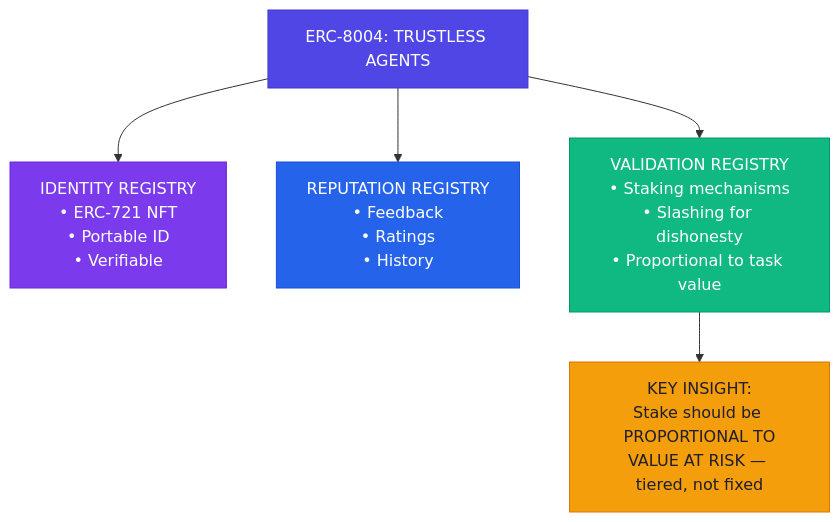
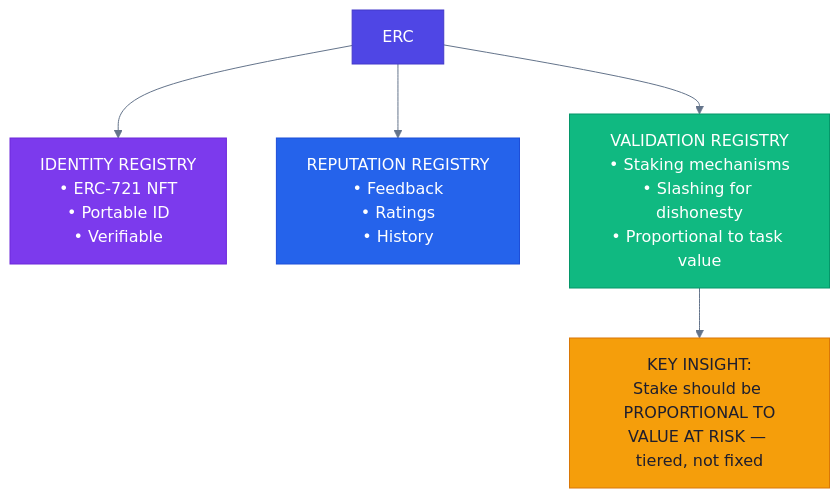
One commit to guglxni/the-fixer-hook changed the third of 11 diagrams in docs/MARKET_SENTIMENT_ANALYSIS.md. Above: the diagram before and after it, drawn with Mermaid. The commit also changed other lines of this file and 514 other files, not shown here.

Commit message:
Clean docs: remove emojis, add professional mermaid styling

````diff
--- a/docs/MARKET_SENTIMENT_ANALYSIS.md
+++ b/docs/MARKET_SENTIMENT_ANALYSIS.md
@@ -139,20 +132,17 @@
 ```mermaid
+%%{init: {'theme': 'neutral', 'themeVariables': { 'primaryColor': '#2563eb', 'primaryTextColor': '#1e293b', 'primaryBorderColor': '#3b82f6', 'lineColor': '#64748b', 'secondaryColor': '#f1f5f9', 'tertiaryColor': '#e2e8f0'}}}%%
 flowchart TD
-    ERC["ERC-8004: TRUSTLESS AGENTS"]
     ERC --> ID
     ERC --> REP
     ERC --> VAL
-
     ID["IDENTITY REGISTRY\n• ERC-721 NFT\n• Portable ID\n• Verifiable"]
     REP["REPUTATION REGISTRY\n• Feedback\n• Ratings\n• History"]
     VAL["VALIDATION REGISTRY\n• Staking mechanisms\n• Slashing for dishonesty\n• Proportional to task value"]
-
     INSIGHT["KEY INSIGHT:\nStake should be PROPORTIONAL TO\nVALUE AT RISK — tiered, not fixed"]
     VAL --> INSIGHT
-
     style ERC fill:#4F46E5,color:#FFFFFF,stroke:#4338CA
     style ID fill:#7C3AED,color:#FFFFFF,stroke:#6D28D9
     style REP fill:#2563EB,color:#FFFFFF,stroke:#1D4ED8
     style VAL fill:#10B981,color:#FFFFFF,stroke:#059669
     style INSIGHT fill:#F59E0B,color:#1E1E2E,stroke:#D97706
 ```
````
